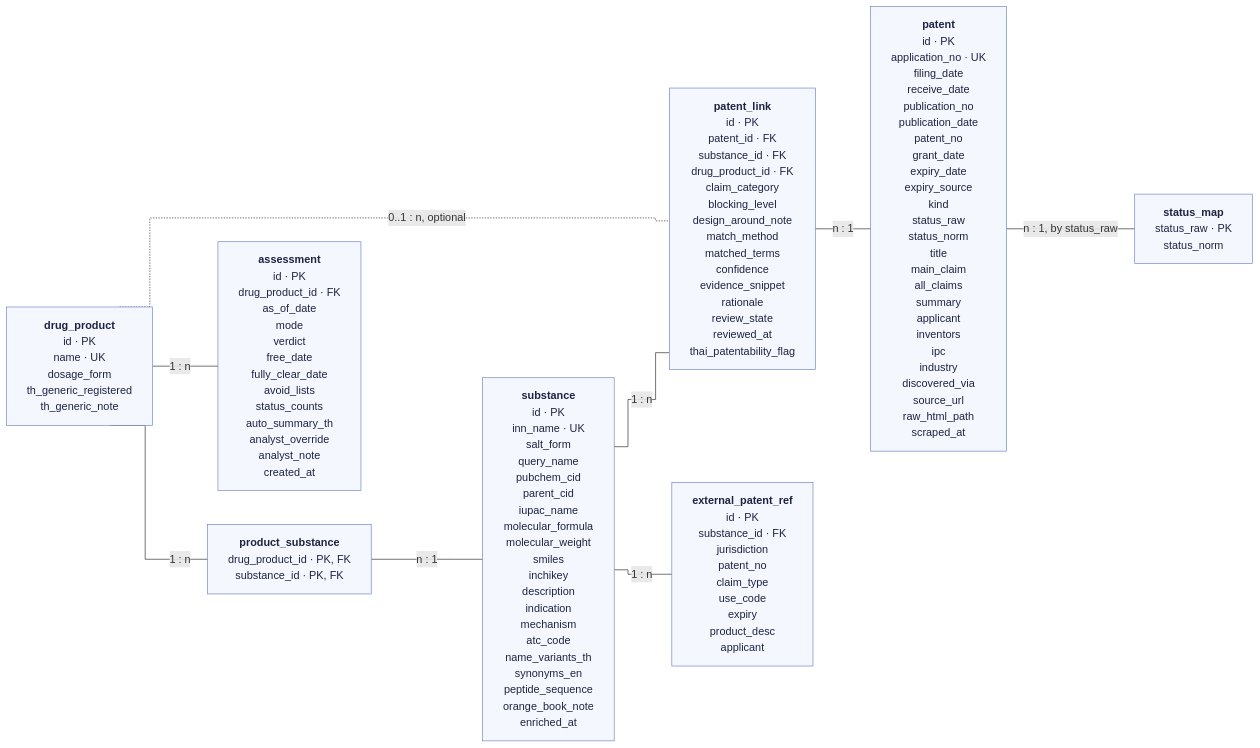
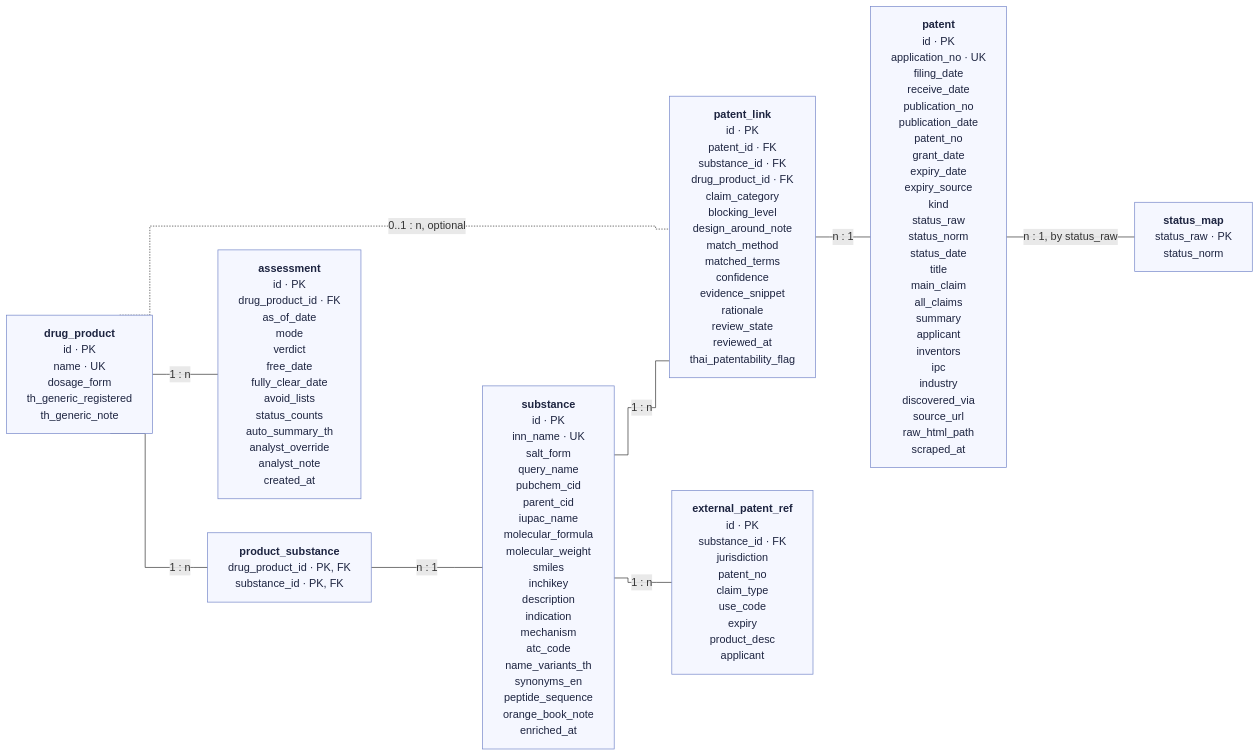
The first of 2 diagrams in README.md (sgulyano/drug-patent-app), drawn with Mermaid before and after one commit. The commit also changed other lines of this file and 14 other files, not shown here.

````diff
--- a/README.md
+++ b/README.md
@@ -75,28 +83,28 @@
 ```mermaid
 ---
 config:
   flowchart:
     curve: step
 ---
 flowchart LR
     drug_product["<b>drug_product</b><br/>id · PK<br/>name · UK<br/>dosage_form<br/>th_generic_registered<br/>th_generic_note"]
     product_substance["<b>product_substance</b><br/>drug_product_id · PK, FK<br/>substance_id · PK, FK"]
     substance["<b>substance</b><br/>id · PK<br/>inn_name · UK<br/>salt_form<br/>query_name<br/>pubchem_cid<br/>parent_cid<br/>iupac_name<br/>molecular_formula<br/>molecular_weight<br/>smiles<br/>inchikey<br/>description<br/>indication<br/>mechanism<br/>atc_code<br/>name_variants_th<br/>synonyms_en<br/>peptide_sequence<br/>orange_book_note<br/>enriched_at"]
     patent_link["<b>patent_link</b><br/>id · PK<br/>patent_id · FK<br/>substance_id · FK<br/>drug_product_id · FK<br/>claim_category<br/>blocking_level<br/>design_around_note<br/>match_method<br/>matched_terms<br/>confidence<br/>evidence_snippet<br/>rationale<br/>review_state<br/>reviewed_at<br/>thai_patentability_flag"]
-    patent["<b>patent</b><br/>id · PK<br/>application_no · UK<br/>filing_date<br/>receive_date<br/>publication_no<br/>publication_date<br/>patent_no<br/>grant_date<br/>expiry_date<br/>expiry_source<br/>kind<br/>status_raw<br/>status_norm<br/>title<br/>main_claim<br/>all_claims<br/>summary<br/>applicant<br/>inventors<br/>ipc<br/>industry<br/>discovered_via<br/>source_url<br/>raw_html_path<br/>scraped_at"]
+    patent["<b>patent</b><br/>id · PK<br/>application_no · UK<br/>filing_date<br/>receive_date<br/>publication_no<br/>publication_date<br/>patent_no<br/>grant_date<br/>expiry_date<br/>expiry_source<br/>kind<br/>status_raw<br/>status_norm<br/>status_date<br/>title<br/>main_claim<br/>all_claims<br/>summary<br/>applicant<br/>inventors<br/>ipc<br/>industry<br/>discovered_via<br/>source_url<br/>raw_html_path<br/>scraped_at"]
     status_map["<b>status_map</b><br/>status_raw · PK<br/>status_norm"]
     assessment["<b>assessment</b><br/>id · PK<br/>drug_product_id · FK<br/>as_of_date<br/>mode<br/>verdict<br/>free_date<br/>fully_clear_date<br/>avoid_lists<br/>status_counts<br/>auto_summary_th<br/>analyst_override<br/>analyst_note<br/>created_at"]
     external_patent_ref["<b>external_patent_ref</b><br/>id · PK<br/>substance_id · FK<br/>jurisdiction<br/>patent_no<br/>claim_type<br/>use_code<br/>expiry<br/>product_desc<br/>applicant"]
 
     drug_product ---|"1 : n"| product_substance
     product_substance ---|"n : 1"| substance
     substance ---|"1 : n"| patent_link
     patent_link ---|"n : 1"| patent
     patent ---|"n : 1, by status_raw"| status_map
     drug_product ---|"1 : n"| assessment
     substance ---|"1 : n"| external_patent_ref
     drug_product -.-|"0..1 : n, optional"| patent_link
 
     classDef table fill:#f5f7ff,stroke:#7486c9,color:#1d2440
     class drug_product,product_substance,substance,patent_link,patent,status_map,assessment,external_patent_ref table
 ```
````
